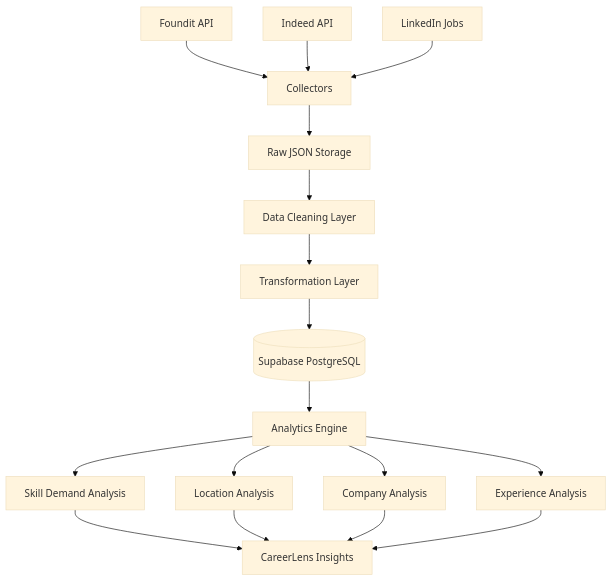
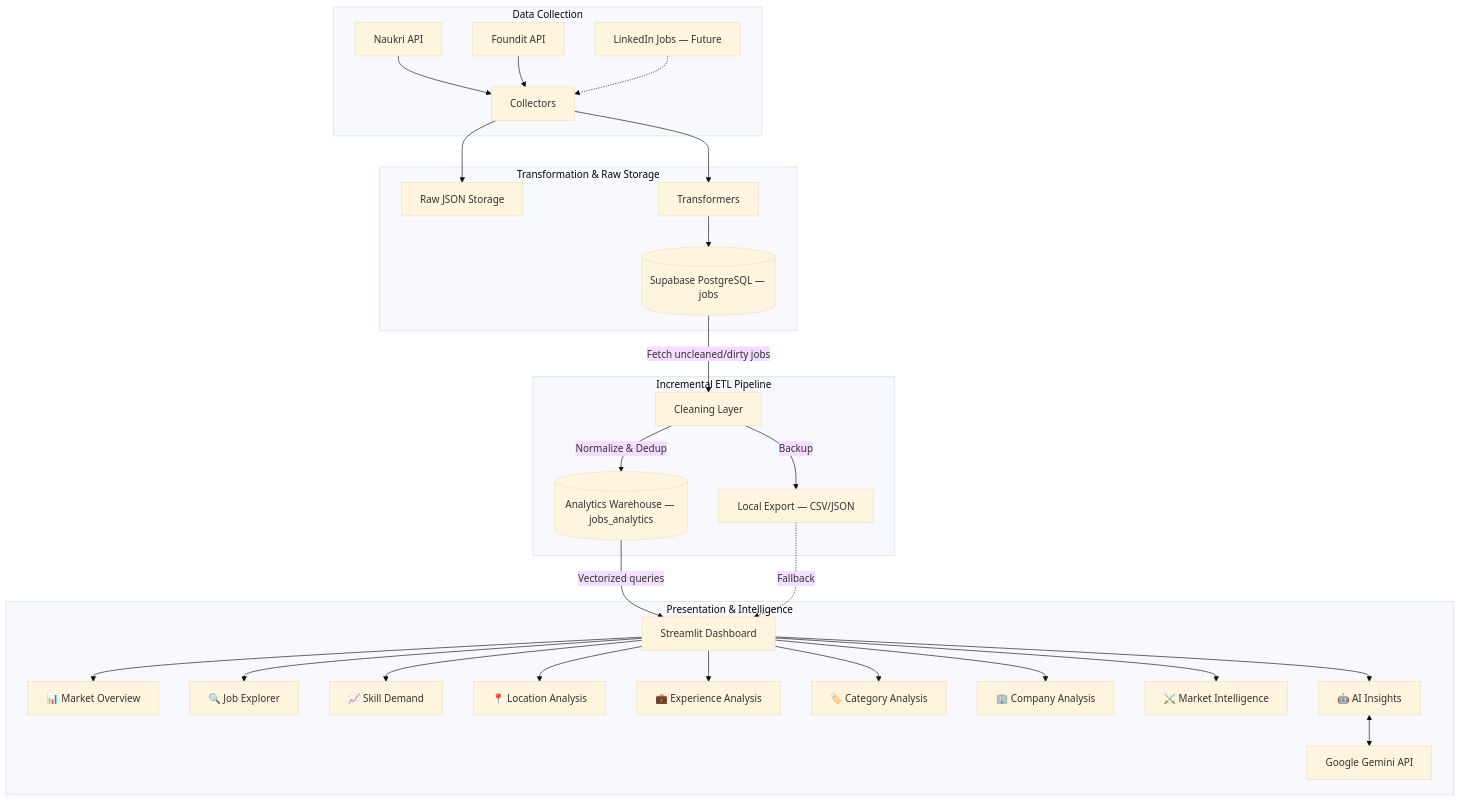
The diagram in README.md (Abhishek-ygr2003/career-lens-ai), drawn with Mermaid (base theme) before and after one commit. The commit also changed other lines of this file and 39 other files, not shown here.

Commit message:
docs: update README with new architecture and workflow and bug fixes

````diff
--- a/README.md
+++ b/README.md
@@ -239,31 +184,38 @@
 ```mermaid
 flowchart TD
 
-A[Foundit API]
-B[Indeed API]
-C[LinkedIn Jobs]
+subgraph Data Collection
+    A[Naukri API] --> D[Collectors]
+    B[Foundit API] --> D
+    C[LinkedIn Jobs — Future] -.-> D
+end
 
-A --> D[Collectors]
-B --> D
-C --> D
+subgraph Transformation & Raw Storage
+    D --> E[Raw JSON Storage]
+    D --> F[Transformers]
+    F --> G[(Supabase PostgreSQL — jobs)]
+end
 
-D --> E[Raw JSON Storage]
+subgraph Incremental ETL Pipeline
+    G -- "Fetch uncleaned/dirty jobs" --> H[Cleaning Layer]
+    H -- "Normalize & Dedup" --> I[(Analytics Warehouse — jobs_analytics)]
+    H -- "Backup" --> J[Local Export — CSV/JSON]
+end
 
-E --> F[Data Cleaning Layer]
-
-F --> G[Transformation Layer]
-
-G --> H[(Supabase PostgreSQL)]
-
-H --> I[Analytics Engine]
-
-I --> J[Skill Demand Analysis]
-I --> K[Location Analysis]
-I --> L[Company Analysis]
-I --> M[Experience Analysis]
-
-J --> N[CareerLens Insights]
-K --> N
-L --> N
-M --> N
+subgraph Presentation & Intelligence
+    I -- "Vectorized queries" --> K[Streamlit Dashboard]
+    J -. "Fallback" .-> K
+    
+    K --> L[📊 Market Overview]
+    K --> M[🔍 Job Explorer]
+    K --> N[📈 Skill Demand]
+    K --> O[📍 Location Analysis]
+    K --> P[💼 Experience Analysis]
+    K --> Q[🏷️ Category Analysis]
+    K --> R[🏢 Company Analysis]
+    K --> S[⚔️ Market Intelligence]
+    K --> T[🤖 AI Insights]
+    
+    T <--> U[Google Gemini API]
+end
 ```
````
